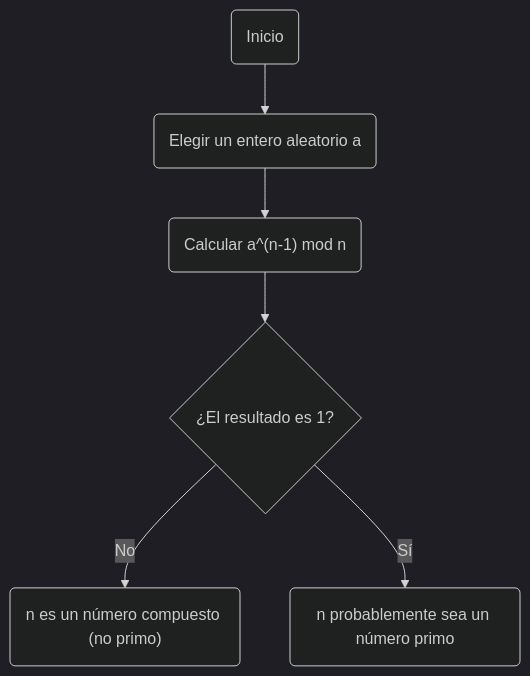
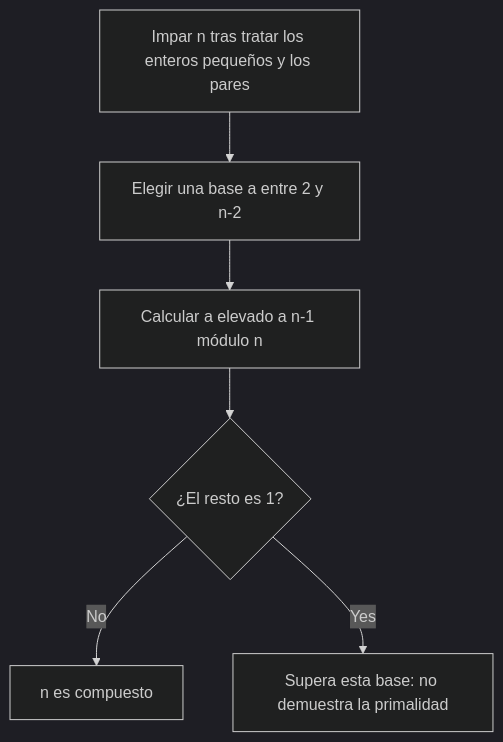
One commit to kenjinote/blog changed the first of 2 diagrams in content/post/fermats-little-theorem/index.es.md. Above: the diagram before and after it, drawn with Mermaid (dark theme). The commit also changed other lines of this file and 5 other files, not shown here.

````diff
--- a/content/post/fermats-little-theorem/index.es.md
+++ b/content/post/fermats-little-theorem/index.es.md
@@ -84,8 +56,8 @@
 ```mermaid
 flowchart TD
-    Start("Inicio") --> ChooseA("Elegir un entero aleatorio a")
-    ChooseA --> Calc("Calcular a^(n-1) mod n")
-    Calc --> Check{"¿El resultado es 1?"}
-    Check -- "No" --> Composite("n es un número compuesto (no primo)")
-    Check -- "Sí" --> ProbPrime("n probablemente sea un número primo")
+    Input["Impar n tras tratar los enteros pequeños y los pares"] --> Choose["Elegir una base a entre 2 y n-2"]
+    Choose --> Calc["Calcular a elevado a n-1 módulo n"]
+    Calc --> Check{"¿El resto es 1?"}
+    Check -- No --> Composite["n es compuesto"]
+    Check -- Yes --> Pass["Supera esta base: no demuestra la primalidad"]
 ```
````
